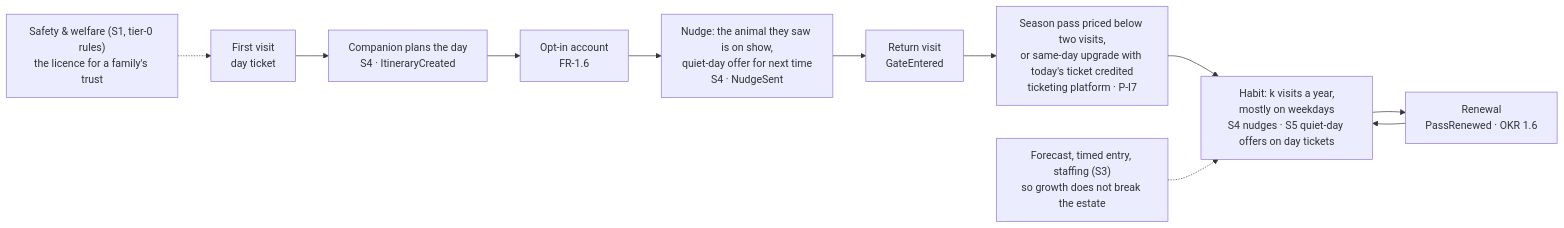
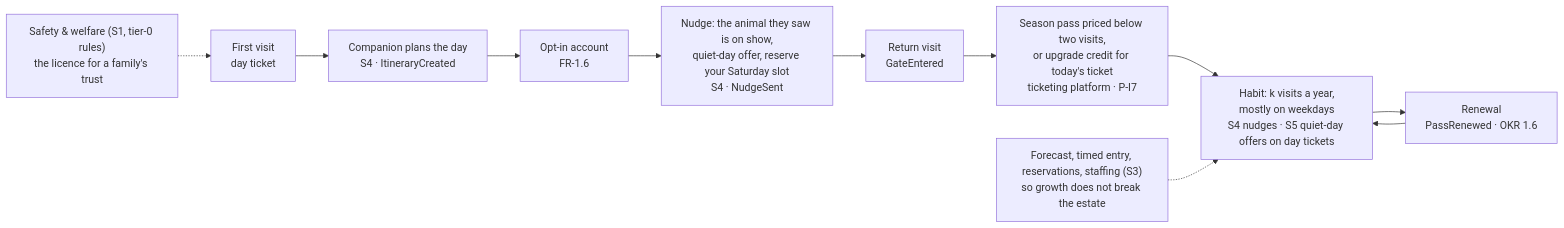
The diagram in requirements/08-business-case.md (kr0k/katas), drawn with Mermaid before and after one commit. The commit also changed other lines of this file and 20 other files, not shown here.

````diff
--- a/requirements/08-business-case.md
+++ b/requirements/08-business-case.md
@@ -108,13 +113,13 @@
 ```mermaid
 flowchart LR
     Safety["Safety & welfare (S1, tier-0 rules)<br/>the licence for a family's trust"] -.-> Visit
     Visit["First visit<br/>day ticket"] --> Comp["Companion plans the day<br/>S4 · ItineraryCreated"]
     Comp --> Acc["Opt-in account<br/>FR-1.6"]
-    Acc --> Nudge["Nudge: the animal they saw is on show,<br/>quiet-day offer for next time<br/>S4 · NudgeSent"]
+    Acc --> Nudge["Nudge: the animal they saw is on show,<br/>quiet-day offer, reserve your Saturday slot<br/>S4 · NudgeSent"]
     Nudge --> Return["Return visit<br/>GateEntered"]
-    Return --> Pass["Season pass priced below two visits,<br/>or same-day upgrade with today's ticket credited<br/>ticketing platform · P-I7"]
+    Return --> Pass["Season pass priced below two visits,<br/>or upgrade credit for today's ticket<br/>ticketing platform · P-I7"]
     Pass --> Habit["Habit: k visits a year,<br/>mostly on weekdays<br/>S4 nudges · S5 quiet-day offers on day tickets"]
     Habit --> Renew["Renewal<br/>PassRenewed · OKR 1.6"]
     Renew --> Habit
-    Fc["Forecast, timed entry, staffing (S3)<br/>so growth does not break the estate"] -.-> Habit
+    Fc["Forecast, timed entry, reservations, staffing (S3)<br/>so growth does not break the estate"] -.-> Habit
 ```
````
